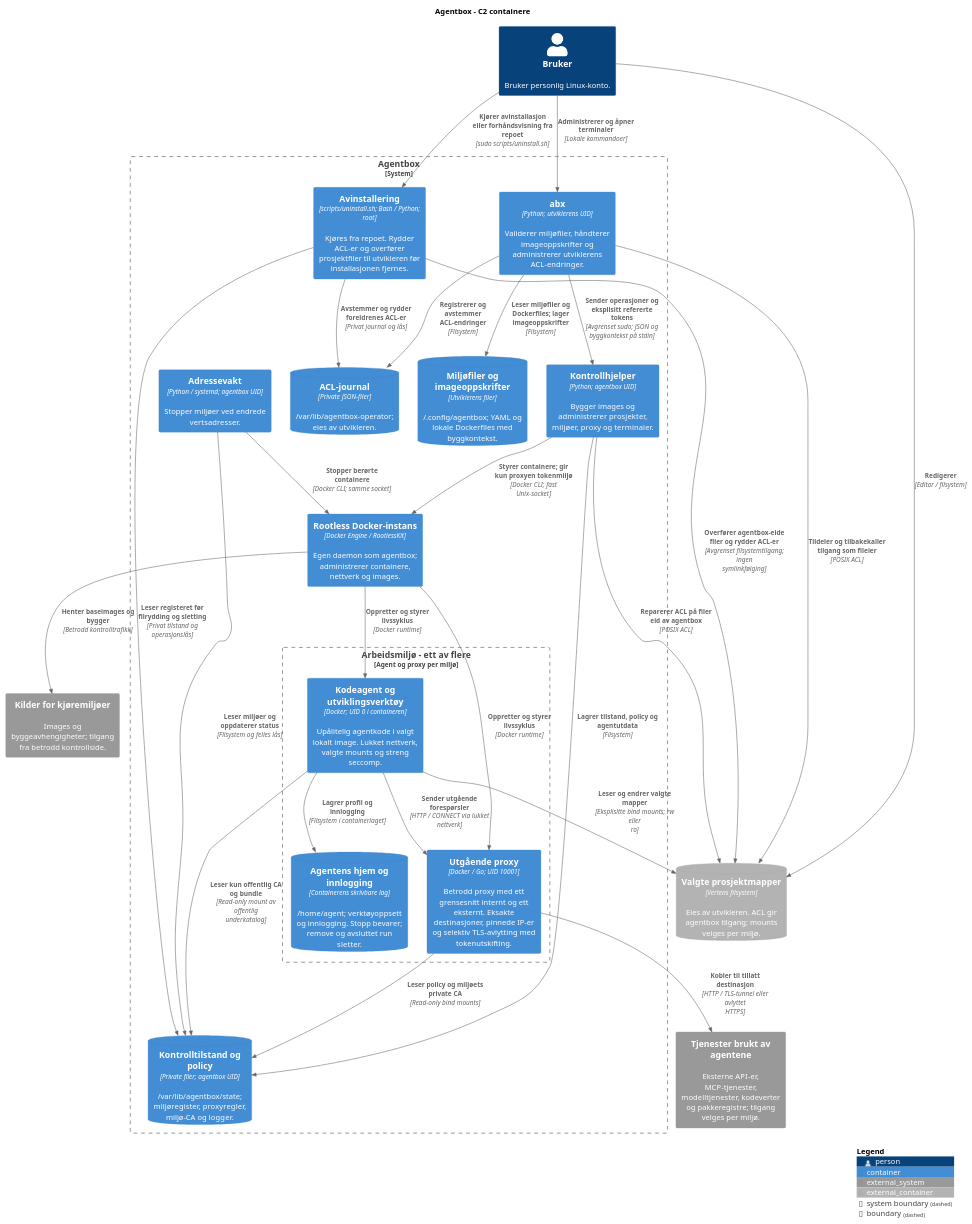
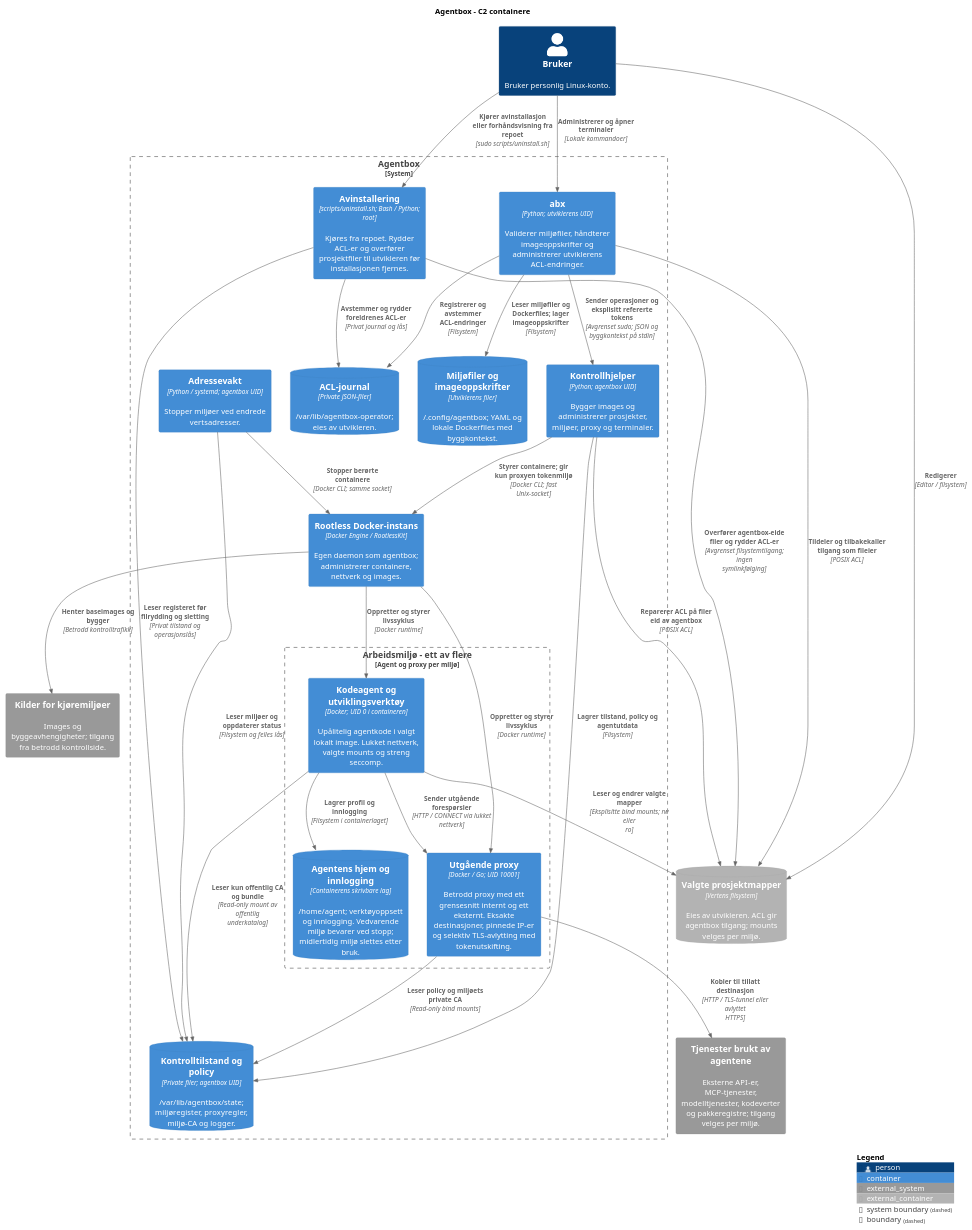
The second of 3 diagrams in docs/architecture-c4.md (oisteink/agentbox), drawn with PlantUML before and after one commit. The commit also changed other lines of this file and 16 other files, not shown here.

````diff
--- a/docs/architecture-c4.md
+++ b/docs/architecture-c4.md
@@ -59,55 +59,55 @@
 ```plantuml
 @startuml agentbox-containers
 !include <C4/C4_Container>
 LAYOUT_TOP_DOWN()
 title Agentbox - C2 containere
 
 Person(developer, "Bruker", "Bruker personlig Linux-konto.")
 ContainerDb_Ext(projects, "Valgte prosjektmapper", "Vertens filsystem", "Eies av utvikleren. ACL gir agentbox tilgang; mounts velges per miljø.")
 System_Ext(services, "Tjenester brukt av agentene", "Eksterne API-er, MCP-tjenester, modelltjenester, kodeverter og pakkeregistre; tilgang velges per miljø.")
 System_Ext(registry, "Kilder for kjøremiljøer", "Images og byggeavhengigheter; tilgang fra betrodd kontrollside.")
 
 System_Boundary(agentbox, "Agentbox") {
     Container(cli, "abx", "Python; utviklerens UID", "Validerer miljøfiler, håndterer imageoppskrifter og administrerer utviklerens ACL-endringer.")
     ContainerDb(recipes, "Miljøfiler og imageoppskrifter", "Utviklerens filer", "~/.config/agentbox; YAML og lokale Dockerfiles med byggkontekst.")
     ContainerDb(journal, "ACL-journal", "Private JSON-filer", "/var/lib/agentbox-operator; eies av utvikleren.")
     Container(control, "Kontrollhjelper", "Python; agentbox UID", "Bygger images og administrerer prosjekter, miljøer, proxy og terminaler.")
     Container(uninstall, "Avinstallering", "scripts/uninstall.sh; Bash / Python; root", "Kjøres fra repoet. Rydder ACL-er og overfører prosjektfiler til utvikleren før installasjonen fjernes. ")
     Container(watch, "Adressevakt", "Python / systemd; agentbox UID", "Stopper miljøer ved endrede vertsadresser.")
     ContainerDb(state, "Kontrolltilstand og policy", "Private filer; agentbox UID", "/var/lib/agentbox/state; miljøregister, proxyregler, miljø-CA og logger.")
     Container(docker, "Rootless Docker-instans", "Docker Engine / RootlessKit", "Egen daemon som agentbox; administrerer containere, nettverk og images.")
 
     Boundary(environment, "Arbeidsmiljø - ett av flere", "Agent og proxy per miljø") {
         Container(agent, "Kodeagent og utviklingsverktøy", "Docker; UID 0 i containeren", "Upålitelig agentkode i valgt lokalt image. Lukket nettverk, valgte mounts og streng seccomp.")
         Container(proxy, "Utgående proxy", "Docker / Go; UID 10001", "Betrodd proxy med ett grensesnitt internt og ett eksternt. Eksakte destinasjoner, pinnede IP-er og selektiv TLS-avlytting med tokenutskifting.")
-        ContainerDb(home, "Agentens hjem og innlogging", "Containerens skrivbare lag", "/home/agent; verktøyoppsett og innlogging. Stopp bevarer; remove og avsluttet run sletter.")
+        ContainerDb(home, "Agentens hjem og innlogging", "Containerens skrivbare lag", "/home/agent; verktøyoppsett og innlogging. Vedvarende miljø bevarer ved stopp; midlertidig miljø slettes etter bruk.")
     }
 }
 
 Rel(developer, cli, "Administrerer og åpner terminaler", "Lokale kommandoer")
 Rel(developer, projects, "Redigerer", "Editor / filsystem")
 Rel(cli, recipes, "Leser miljøfiler og Dockerfiles; lager imageoppskrifter", "Filsystem")
 Rel(cli, journal, "Registrerer og avstemmer ACL-endringer", "Filsystem")
 Rel(cli, projects, "Tildeler og tilbakekaller tilgang som fileier", "POSIX ACL")
 Rel(cli, control, "Sender operasjoner og eksplisitt refererte tokens", "Avgrenset sudo; JSON og byggkontekst på stdin")
 Rel(developer, uninstall, "Kjører avinstallasjon eller forhåndsvisning fra repoet", "sudo scripts/uninstall.sh")
 Rel(uninstall, projects, "Overfører agentbox-eide filer og rydder ACL-er", "Avgrenset filsystemtilgang; ingen symlinkfølging")
 Rel(uninstall, state, "Leser registeret før filrydding og sletting", "Privat tilstand og operasjonslås")
 Rel(uninstall, journal, "Avstemmer og rydder foreldrenes ACL-er", "Privat journal og lås")
 Rel(control, projects, "Reparerer ACL på filer eid av agentbox", "POSIX ACL")
 Rel(control, state, "Lagrer tilstand, policy og agentutdata", "Filsystem")
 Rel(watch, state, "Leser miljøer og oppdaterer status", "Filsystem og felles lås")
 Rel(control, docker, "Styrer containere; gir kun proxyen tokenmiljø", "Docker CLI; fast Unix-socket")
 Rel(watch, docker, "Stopper berørte containere", "Docker CLI; samme socket")
 Rel(docker, agent, "Oppretter og styrer livssyklus", "Docker runtime")
 Rel(docker, proxy, "Oppretter og styrer livssyklus", "Docker runtime")
 Rel(docker, registry, "Henter baseimages og bygger", "Betrodd kontrolltrafikk")
 Rel(agent, projects, "Leser og endrer valgte mapper", "Eksplisitte bind mounts; rw eller ro")
 Rel(agent, home, "Lagrer profil og innlogging", "Filsystem i containerlaget")
 Rel(agent, proxy, "Sender utgående forespørsler", "HTTP / CONNECT via lukket nettverk")
 Rel(proxy, state, "Leser policy og miljøets private CA", "Read-only bind mounts")
 Rel(agent, state, "Leser kun offentlig CA og bundle", "Read-only mount av offentlig underkatalog")
 Rel(proxy, services, "Kobler til tillatt destinasjon", "HTTP / TLS-tunnel eller avlyttet HTTPS")
 SHOW_LEGEND()
 @enduml
 ```
````
